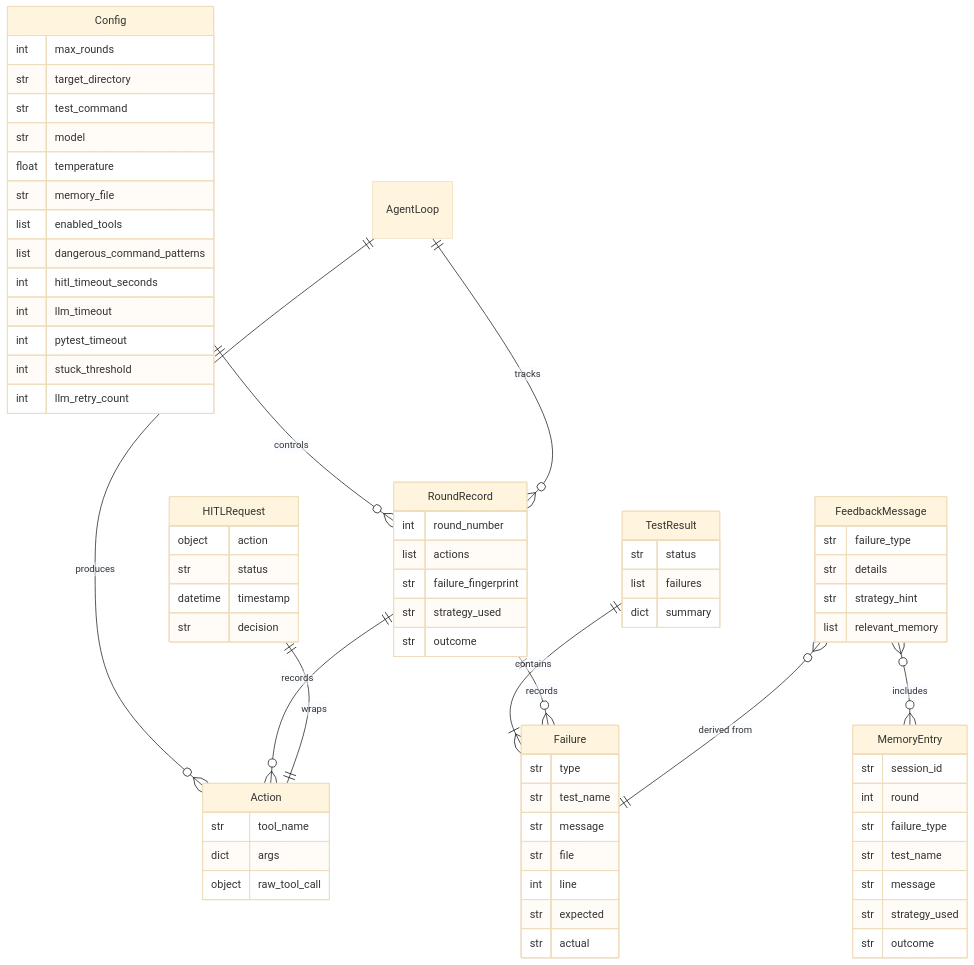
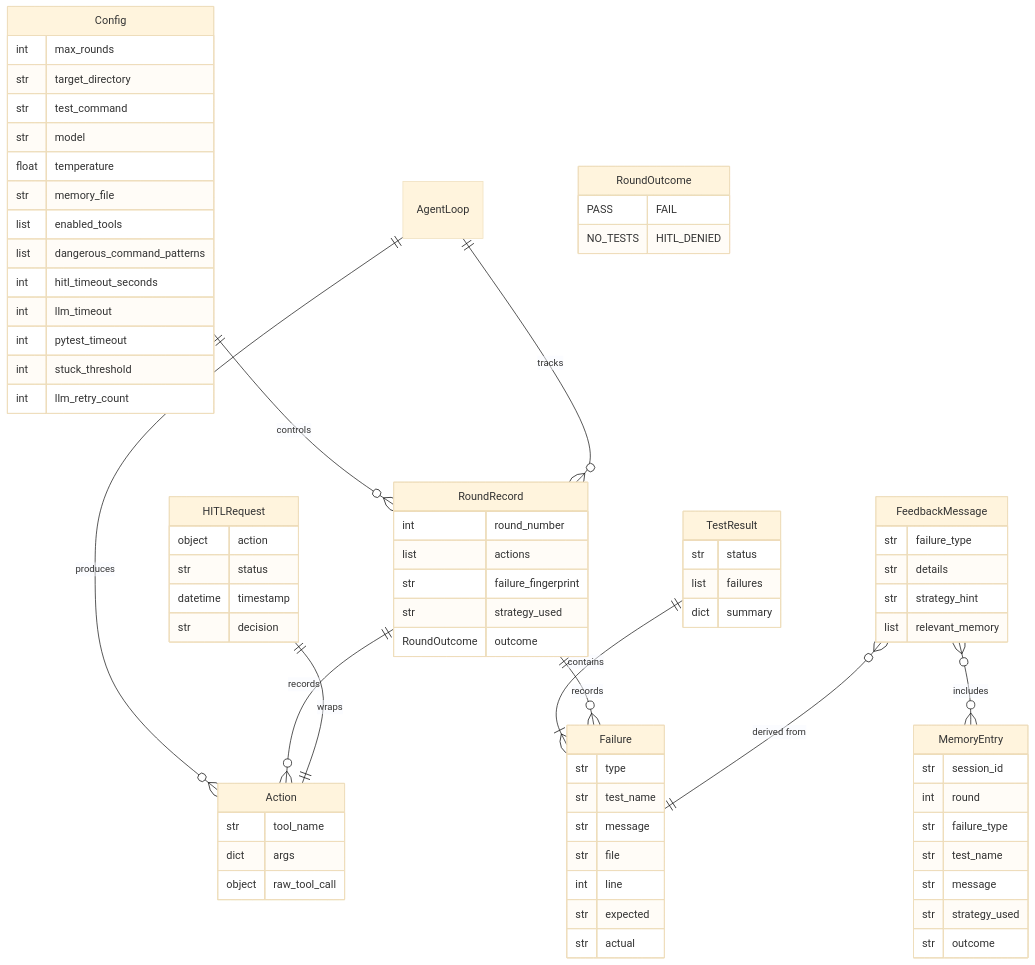
The third of 3 diagrams in SPEC.md (wyksy123-lang/coding-agent-harness), drawn with Mermaid (base theme) before and after one commit. The commit also changed other lines of this file and 5 other files, not shown here.

````diff
--- a/SPEC.md
+++ b/SPEC.md
@@ -539,7 +571,7 @@
         list actions
         str failure_fingerprint
         str strategy_used
-        str outcome
+        RoundOutcome outcome
     }
     
     HITLRequest {
@@ -558,4 +590,11 @@
         str strategy_used
         str outcome
     }
+    
+    RoundOutcome {
+        PASS
+        FAIL
+        NO_TESTS
+        HITL_DENIED
+    }
 ```
````
